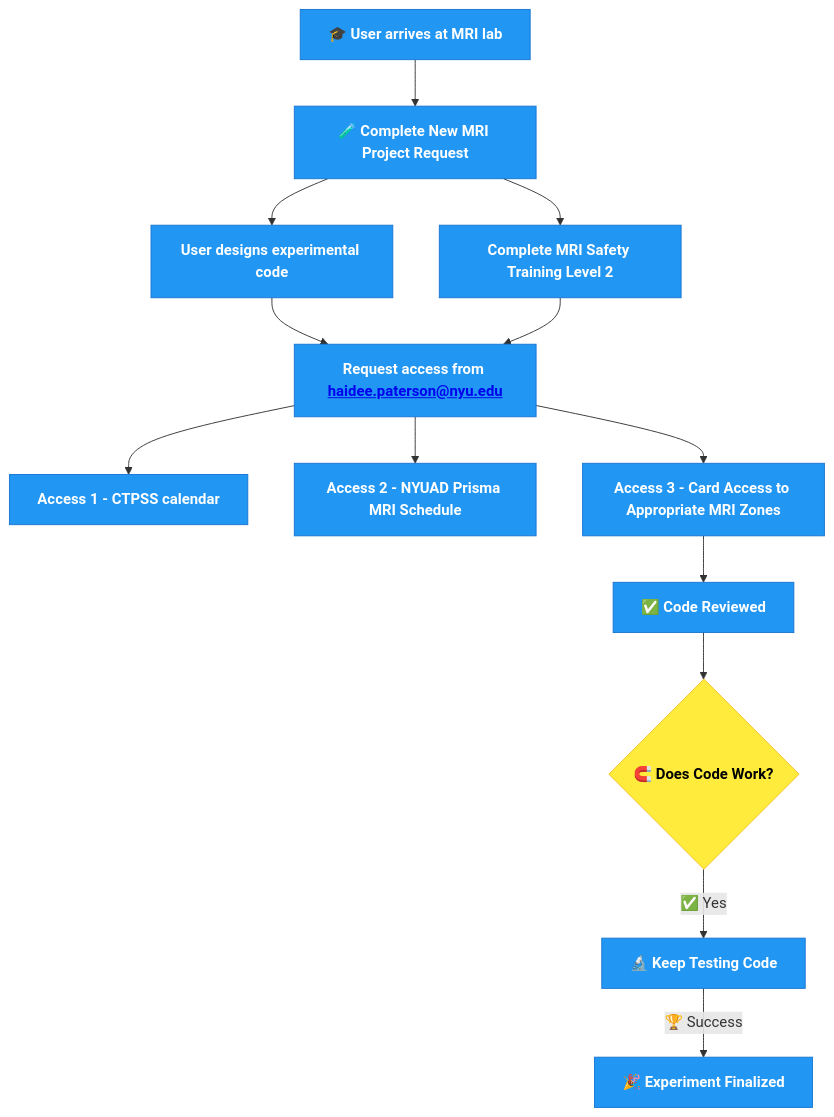
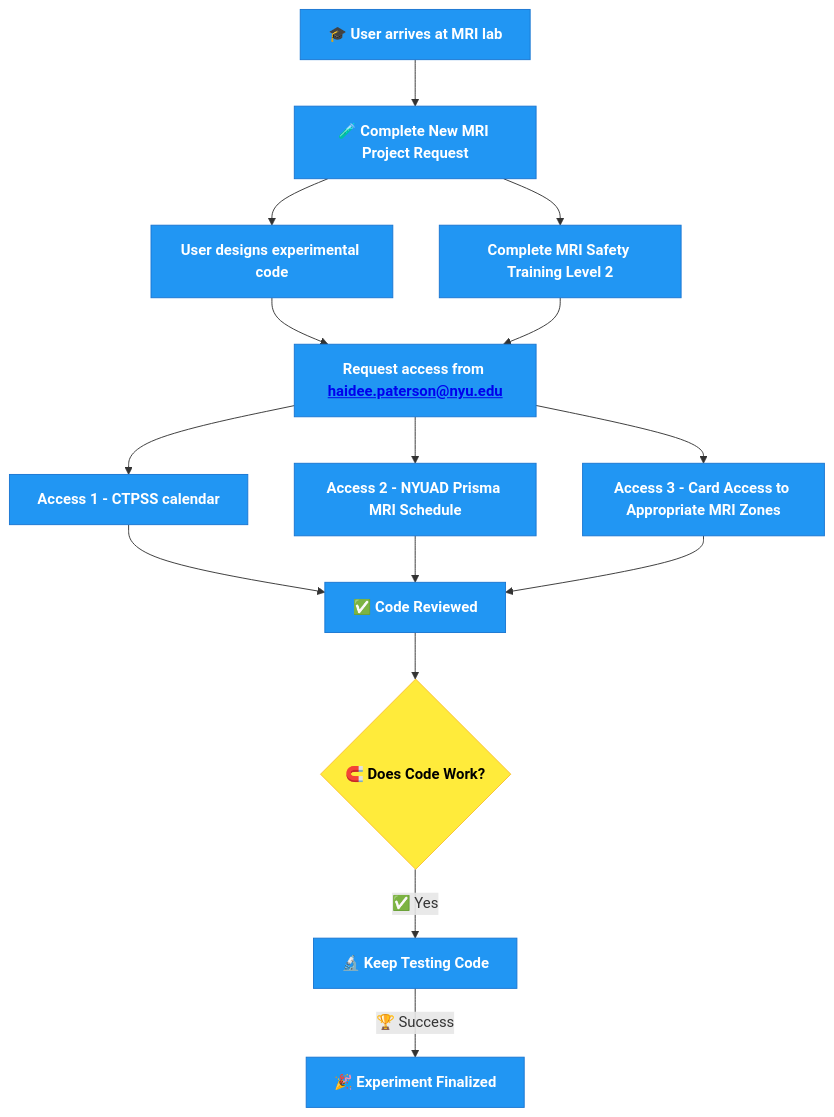
One commit to BioMedicalImaging-Core-NYUAD/brainimaging-lab-documentation changed the diagram in docs/source/1-lab_overview/3-process_diagram.rst. Above: the diagram before and after it, drawn with Mermaid.

Commit message:
added link

```diff
--- a/docs/source/1-lab_overview/3-process_diagram.rst
+++ b/docs/source/1-lab_overview/3-process_diagram.rst
@@ -5,29 +5,31 @@
 .. mermaid::
 
   graph TD;
     A[🎓 <b>User arrives at MRI lab</b>] --> B[🧪 <b>Complete New MRI Project Request</b>];
     B --> C[<b>User designs experimental code</b>];
     B --> D[<b>Complete MRI Safety Training Level 2</b>];
     C --> E[<b>Request access from <a href="mailto:haidee.paterson@nyu.edu">haidee.paterson@nyu.edu</a></b>];
     D --> E;
     E --> F[<b>Access 1 - CTPSS calendar</b>];
     E --> G[<b>Access 2 - NYUAD Prisma MRI Schedule</b>];
     E --> H[<b>Access 3 - Card Access to Appropriate MRI Zones</b>];
-    H --> I[✅ <b>Code Reviewed</b>];
+    F --> I[✅ <b>Code Reviewed</b>];
+    G --> I;
+    H --> I;
     I --> J{🧲️ <b>Does Code Work?</b>};
     J --✅ Yes --> K[🔬 <b>Keep Testing Code</b>];
     K -->|🏆 Success| L[🎉 <b>Experiment Finalized</b>];
 
     %% Clickable Nodes
     click B "https://drive.google.com/file/d/10Py1KSAsktpCjU6c3lLuWLqVL2a5ofee/view?usp=drive_link"
     click D "https://app.imagingu.com/courses/personnel-group-ii-yearly"
     click E "mailto:haidee.paterson@nyu.edu" "Email haidee.paterson@nyu.edu"
 
     %% Style Definitions
     classDef success fill:#4CAF50,stroke:#2E7D32,color:#fff;
     classDef decision fill:#FFEB3B,stroke:#FBC02D,color:#000;
     classDef process fill:#2196F3,stroke:#1976D2,color:#fff;
     classDef warning fill:#FF5722,stroke:#E64A19,color:#fff;
 
     class A,B,C,D,E,F,G,H,I,K,L process;
     class J decision;
```
